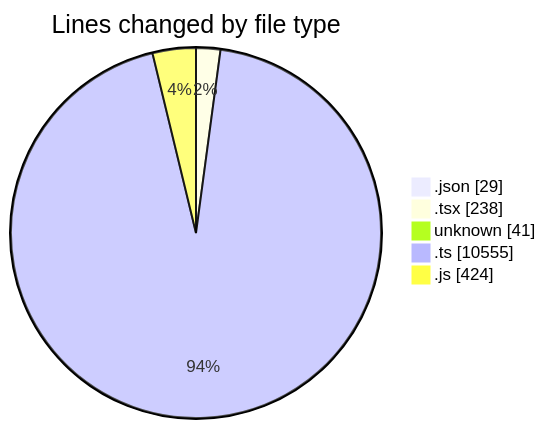
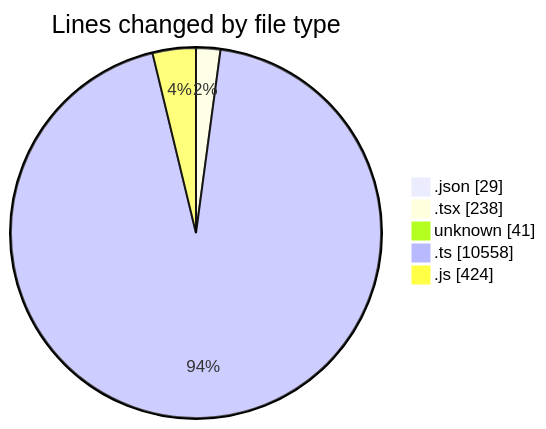
The first of 2 diagrams in 2025-06-09/cda/README.md (momahboobian/code-tracking), drawn with Mermaid before and after one commit. The commit also changed other lines of this file and 1 other file, not shown here.

````diff
--- a/2025-06-09/cda/README.md
+++ b/2025-06-09/cda/README.md
@@ -27,9 +27,9 @@
 ```mermaid
 pie showData
 title Lines changed by file type
 ".json" : 29
 ".tsx" : 238
 "unknown" : 41
-".ts" : 10555
+".ts" : 10558
 ".js" : 424
 ```
````
